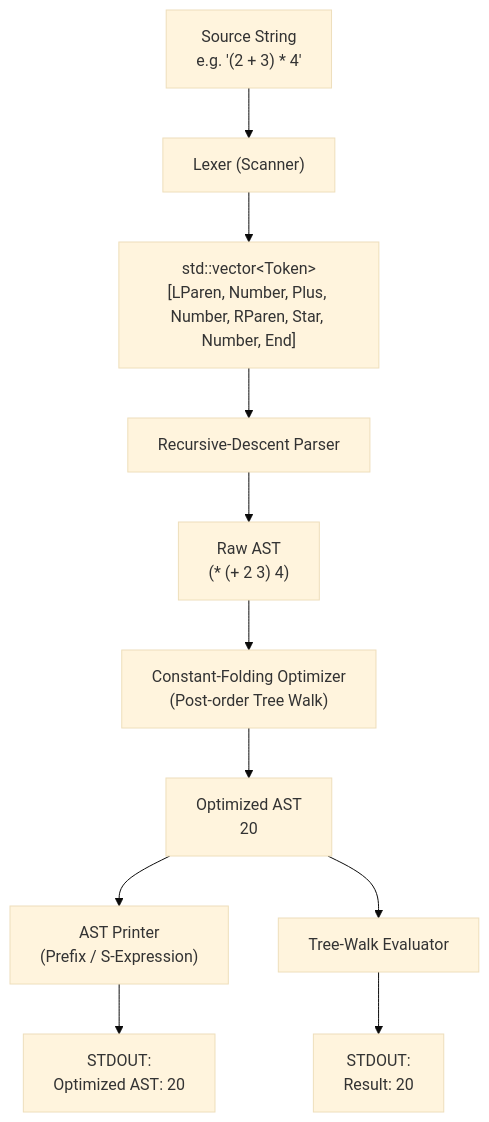
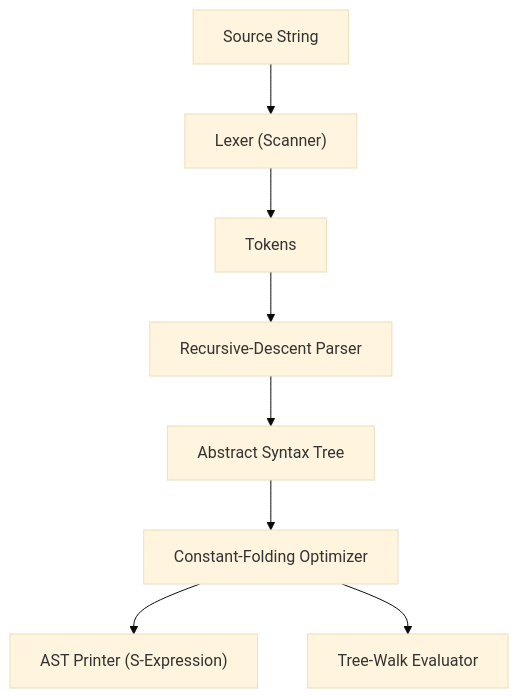
The diagram in README.md (rohankharche34/lexi-byte), drawn with Mermaid (base theme) before and after one commit. The commit also changed other lines of this file, not shown here.

````diff
--- a/README.md
+++ b/README.md
@@ -55,13 +13,10 @@
 ```mermaid
 flowchart TD
-    Source["Source String\ne.g. '(2 + 3) * 4'"] --> Lexer["Lexer (Scanner)"]
-    Lexer --> Tokens["std::vector&lt;Token&gt;\n[LParen, Number, Plus, Number, RParen, Star, Number, End]"]
+    Source["Source String"] --> Lexer["Lexer (Scanner)"]
+    Lexer --> Tokens["Tokens"]
     Tokens --> Parser["Recursive-Descent Parser"]
-    Parser --> RawAST["Raw AST\n(* (+ 2 3) 4)"]
-    RawAST --> Optimizer["Constant-Folding Optimizer\n(Post-order Tree Walk)"]
-    Optimizer --> OptimizedAST["Optimized AST\n20"]
-    OptimizedAST --> Printer["AST Printer\n(Prefix / S-Expression)"]
-    OptimizedAST --> Evaluator["Tree-Walk Evaluator"]
-    Printer --> OutputAST["STDOUT:\nOptimized AST: 20"]
-    Evaluator --> OutputResult["STDOUT:\nResult: 20"]
+    Parser --> AST["Abstract Syntax Tree"]
+    AST --> Optimizer["Constant-Folding Optimizer"]
+    Optimizer --> PrintedAST["AST Printer (S-Expression)"]
+    Optimizer --> Evaluator["Tree-Walk Evaluator"]
 ```
````
